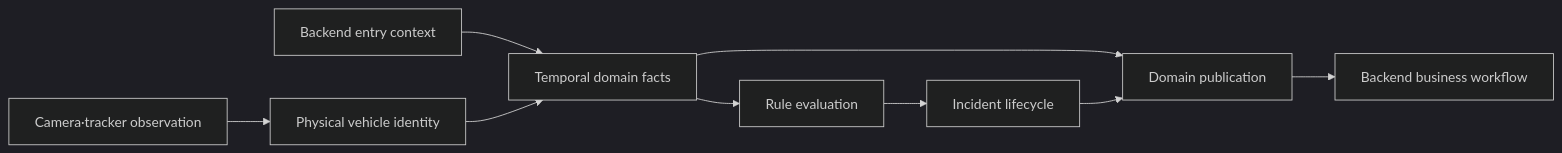
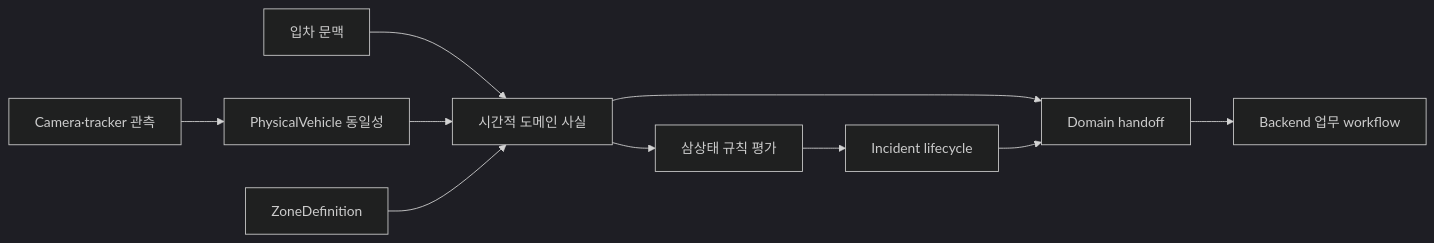
The diagram in docs/architecture/jetson/01-domain-purpose-and-output-contract.md (nias0ng/juchabaro), drawn with Mermaid (dark theme) before and after one commit. The commit also changed other lines of this file and 6 other files, not shown here.

````diff
--- a/docs/architecture/jetson/01-domain-purpose-and-output-contract.md
+++ b/docs/architecture/jetson/01-domain-purpose-and-output-contract.md
@@ -29,11 +24,12 @@
 ```mermaid
 flowchart LR
-    OBS["Camera·tracker observation"] --> ID["Physical vehicle identity"]
-    CTX["Backend entry context"] --> FACT["Temporal domain facts"]
+    OBS["Camera·tracker 관측"] --> ID["PhysicalVehicle 동일성"]
+    ENTRY["입차 문맥"] --> FACT["시간적 도메인 사실"]
     ID --> FACT
-    FACT --> RULE["Rule evaluation"]
+    ZONE["ZoneDefinition"] --> FACT
+    FACT --> RULE["삼상태 규칙 평가"]
     RULE --> INCIDENT["Incident lifecycle"]
-    FACT --> PUB["Domain publication"]
-    INCIDENT --> PUB
-    PUB --> BACKEND["Backend business workflow"]
+    FACT --> OUTPUT["Domain handoff"]
+    INCIDENT --> OUTPUT
+    OUTPUT --> WORKFLOW["Backend 업무 workflow"]
 ```
````
